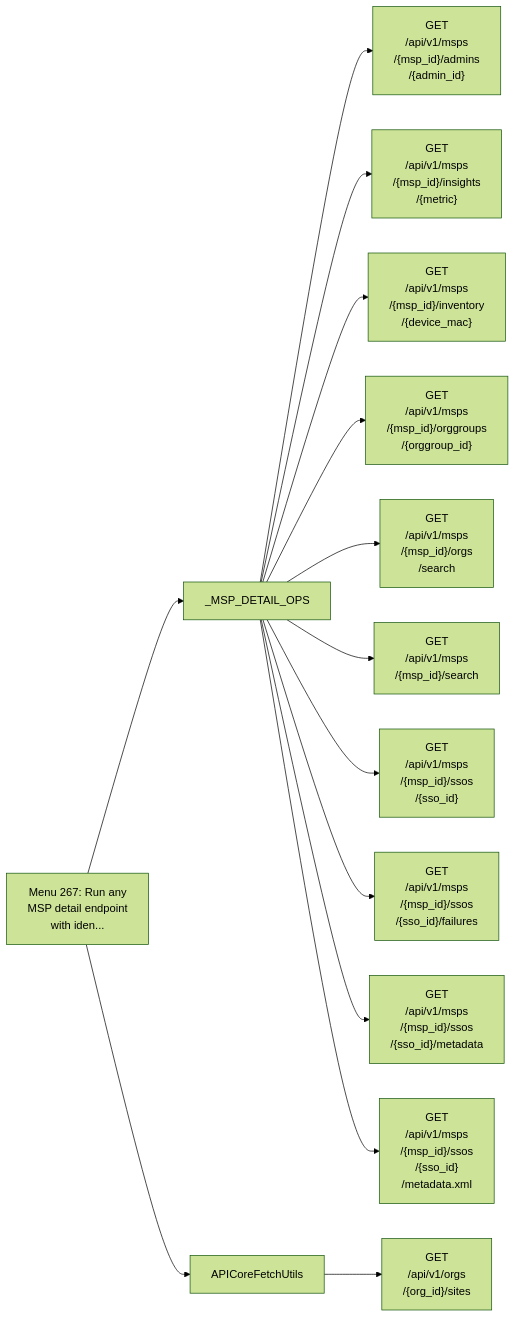
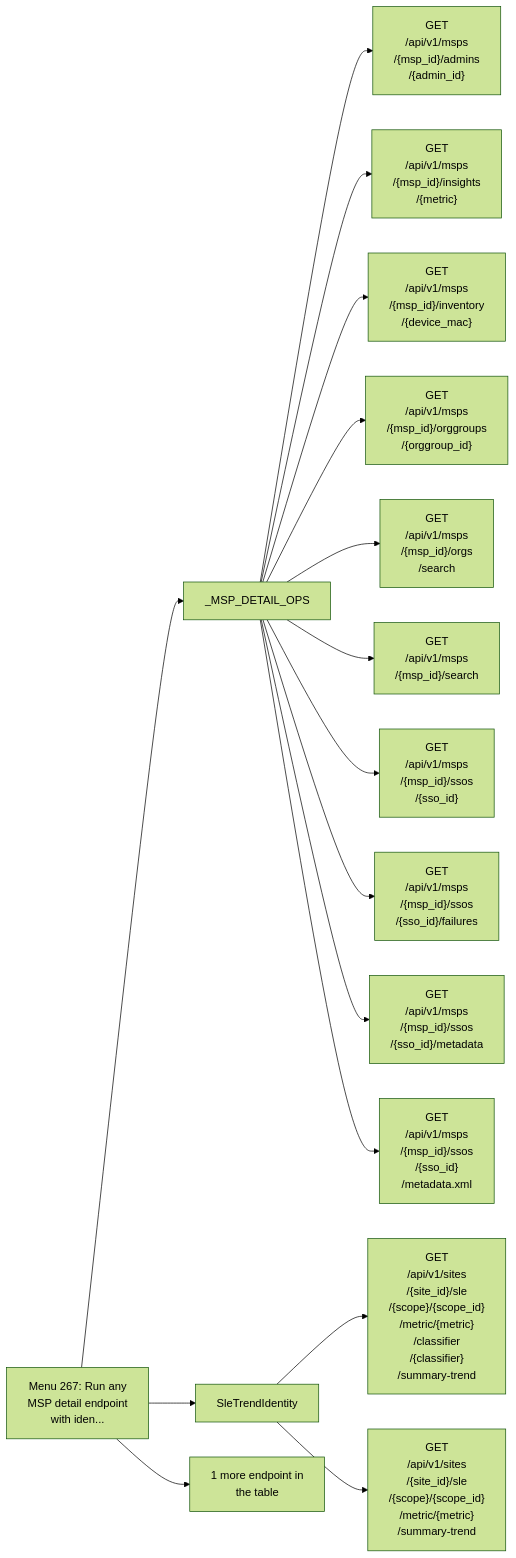
Before and after one commit to jmorrison-juniper/MistHelper: diagram 24 of 26 in documentation/menu-api/interactive-safe.md, drawn with Mermaid (forest theme). The commit also changed other lines of this file and 19 other files, not shown here.

First line of the commit message:
fix(export): preserve complete SLE trend window identities (#4350)

````diff
--- a/documentation/menu-api/interactive-safe.md
+++ b/documentation/menu-api/interactive-safe.md
@@ -1761,17 +1770,19 @@
 ```mermaid
 flowchart LR
     menu["Menu 267: Run any<br/>MSP detail endpoint<br/>with iden..."]
     menu --> c1["_MSP_DETAIL_OPS"]
     c1 --> e1["GET<br/>/api/v1/msps<br/>/{msp_id}/admins<br/>/{admin_id}"]
     c1 --> e2["GET<br/>/api/v1/msps<br/>/{msp_id}/insights<br/>/{metric}"]
     c1 --> e3["GET<br/>/api/v1/msps<br/>/{msp_id}/inventory<br/>/{device_mac}"]
     c1 --> e4["GET<br/>/api/v1/msps<br/>/{msp_id}/orggroups<br/>/{orggroup_id}"]
     c1 --> e5["GET<br/>/api/v1/msps<br/>/{msp_id}/orgs<br/>/search"]
     c1 --> e6["GET<br/>/api/v1/msps<br/>/{msp_id}/search"]
     c1 --> e7["GET<br/>/api/v1/msps<br/>/{msp_id}/ssos<br/>/{sso_id}"]
     c1 --> e8["GET<br/>/api/v1/msps<br/>/{msp_id}/ssos<br/>/{sso_id}/failures"]
     c1 --> e9["GET<br/>/api/v1/msps<br/>/{msp_id}/ssos<br/>/{sso_id}/metadata"]
     c1 --> e10["GET<br/>/api/v1/msps<br/>/{msp_id}/ssos<br/>/{sso_id}<br/>/metadata.xml"]
-    menu --> c2["APICoreFetchUtils"]
-    c2 --> e11["GET<br/>/api/v1/orgs<br/>/{org_id}/sites"]
+    menu --> c2["SleTrendIdentity"]
+    c2 --> e11["GET<br/>/api/v1/sites<br/>/{site_id}/sle<br/>/{scope}/{scope_id}<br/>/metric/{metric}<br/>/classifier<br/>/{classifier}<br/>/summary-trend"]
+    c2 --> e12["GET<br/>/api/v1/sites<br/>/{site_id}/sle<br/>/{scope}/{scope_id}<br/>/metric/{metric}<br/>/summary-trend"]
+    menu --> more["1 more endpoint in<br/>the table"]
 ```
````
